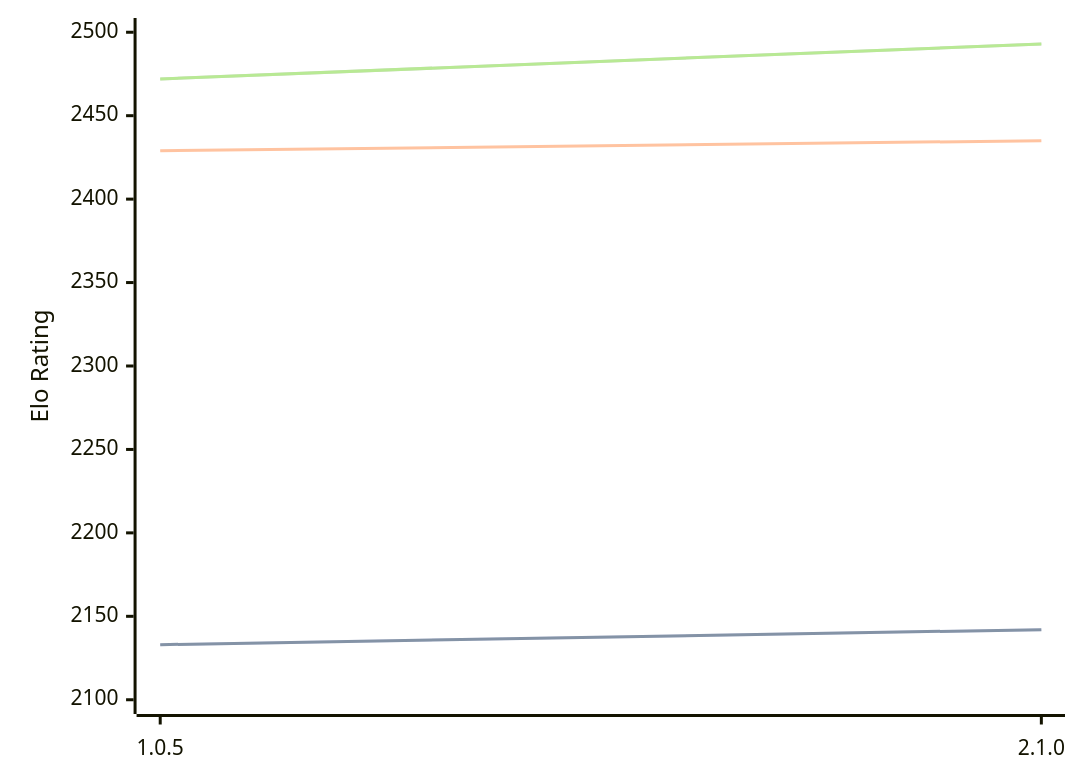
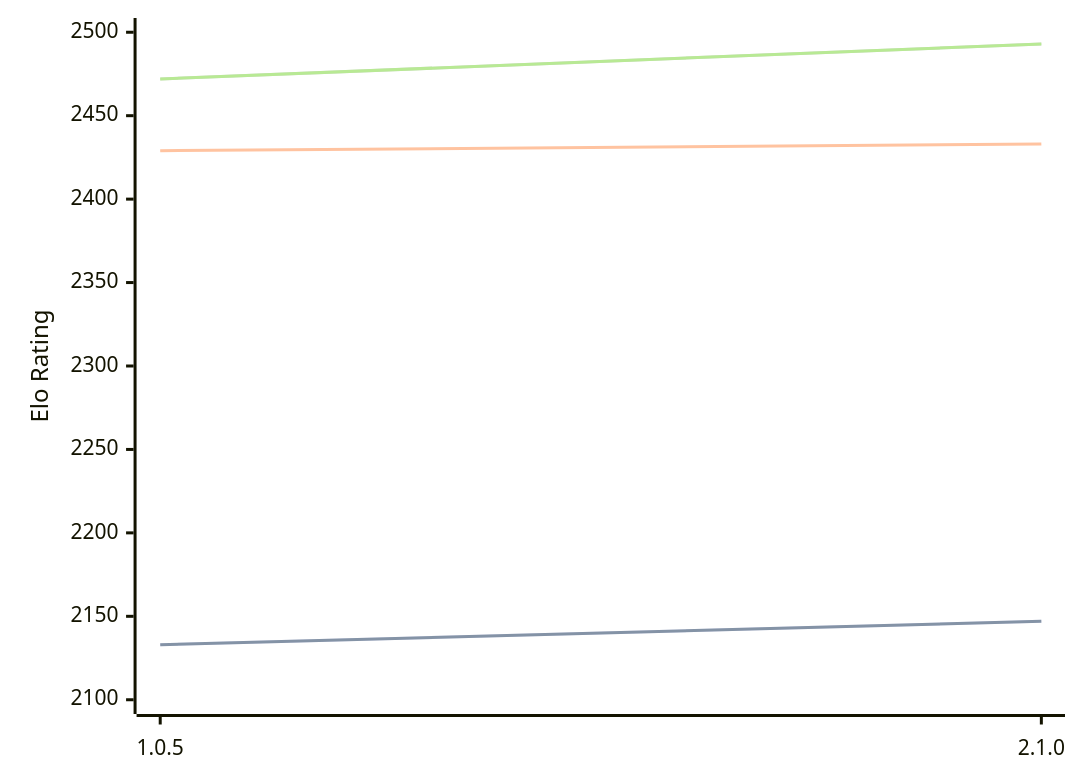
Before and after one commit to computer-chess-index/cci: the diagram in engines/Ruffian.md, drawn with Mermaid. The commit also changed other lines of this file, not shown here.

````diff
--- a/engines/Ruffian.md
+++ b/engines/Ruffian.md
@@ -32,11 +32,11 @@
 ```mermaid
 %%{init: {"theme":"base","themeVariables":{"seriesColors:['#a3a3a3','#222221','#faa371']}}}%%
 xychart-beta
   x-axis ["1.0.5", "2.1.0"]
   y-axis "Elo Rating" 2100 --> 2500
-  line "STC (8.0+0.08s)" [2133, 2142]
-  line "STC (8.0+0.08s)" [2133, 2142]
-  line "LTC (60.0+0.60s)" [2429, 2435]
+  line "STC (8.0+0.08s)" [2133, 2147]
+  line "STC (8.0+0.08s)" [2133, 2147]
+  line "LTC (60.0+0.60s)" [2429, 2433]
   line "VLTC (2m24s+1.12s)" [2472, 2493]
   line "VLTC (2m24s+1.12s)" [2472, 2493]
 ```
````
